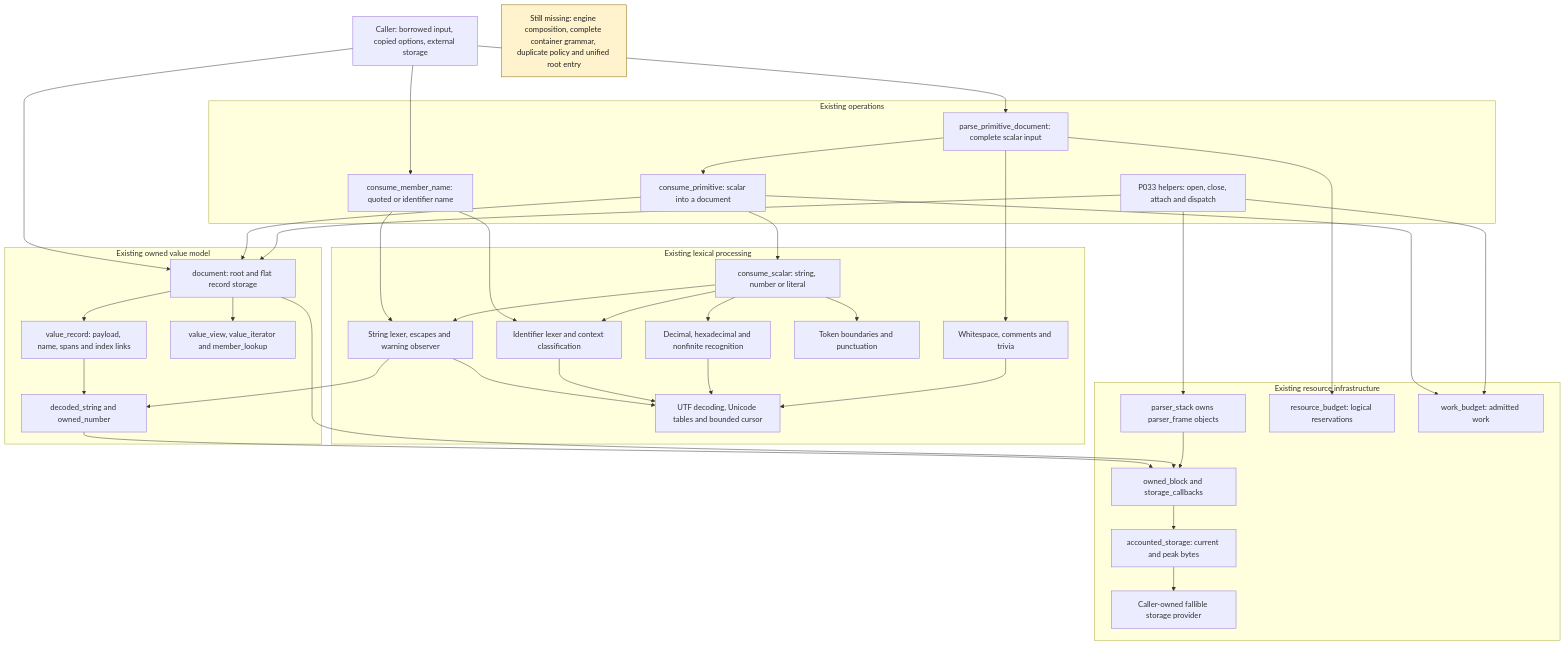
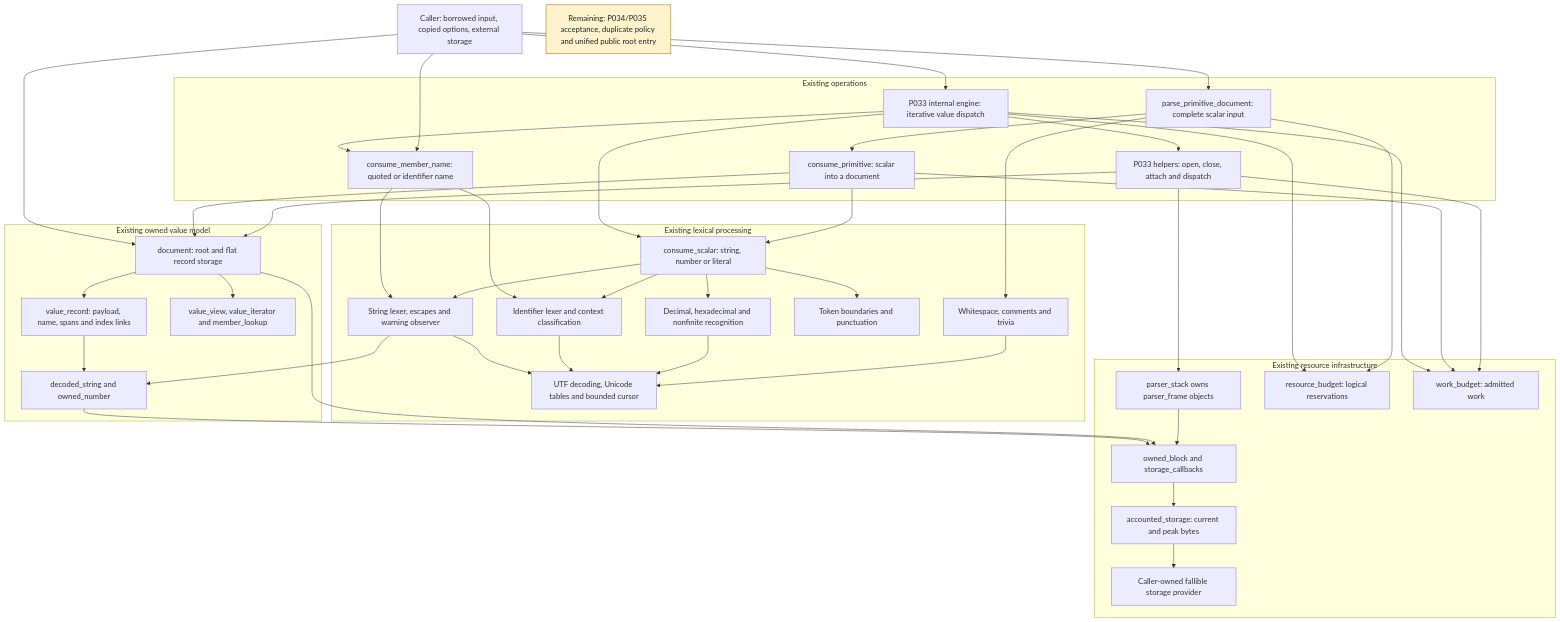
One commit to Romanr92/Adaptive_JSON5 changed the first of 14 diagrams in docs/current-architecture.md. Above: the diagram before and after it, drawn with Mermaid. The commit also changed other lines of this file and 267 other files, not shown here.

````diff
--- a/docs/current-architecture.md
+++ b/docs/current-architecture.md
@@ -39,67 +41,74 @@
 ```mermaid
 flowchart TB
     Caller["Caller: borrowed input, copied options, external storage"]
     subgraph Operations["Existing operations"]
         Primitive["parse_primitive_document: complete scalar input"]
         Consume["consume_primitive: scalar into a document"]
+        EngineNow["P033 internal engine: iterative value dispatch"]
         Helpers["P033 helpers: open, close, attach and dispatch"]
         Names["consume_member_name: quoted or identifier name"]
     end
     subgraph Recognition["Existing lexical processing"]
         Scalar["consume_scalar: string, number or literal"]
         Strings["String lexer, escapes and warning observer"]
         Identifiers["Identifier lexer and context classification"]
         Numbers["Decimal, hexadecimal and nonfinite recognition"]
         Boundary["Token boundaries and punctuation"]
         Trivia["Whitespace, comments and trivia"]
         Unicode["UTF decoding, Unicode tables and bounded cursor"]
     end
     subgraph Values["Existing owned value model"]
         Document["document: root and flat record storage"]
         Records["value_record: payload, name, spans and index links"]
         Owned["decoded_string and owned_number"]
         Access["value_view, value_iterator and member_lookup"]
     end
     subgraph Control["Existing resource infrastructure"]
         Frames["parser_stack owns parser_frame objects"]
         Budget["resource_budget: logical reservations"]
         Work["work_budget: admitted work"]
         Account["accounted_storage: current and peak bytes"]
         Blocks["owned_block and storage_callbacks"]
         Provider["Caller-owned fallible storage provider"]
     end
-    Missing["Still missing: engine composition, complete container grammar, duplicate policy and unified root entry"]
+    Missing["Remaining: P034/P035 acceptance, duplicate policy and unified public root entry"]
+    Caller --> EngineNow
+    EngineNow --> Helpers
+    EngineNow --> Scalar
+    EngineNow --> Names
+    EngineNow --> Budget
+    EngineNow --> Work
     Caller --> Primitive
     Caller --> Document
     Caller --> Names
     Primitive --> Consume
     Primitive --> Trivia
     Primitive --> Budget
     Consume --> Scalar
     Consume --> Document
     Consume --> Work
     Names --> Strings
     Names --> Identifiers
     Scalar --> Strings
     Scalar --> Identifiers
     Scalar --> Numbers
     Scalar --> Boundary
     Strings --> Unicode
     Identifiers --> Unicode
     Numbers --> Unicode
     Trivia --> Unicode
     Helpers --> Frames
     Helpers --> Document
     Helpers --> Work
     Document --> Records
     Records --> Owned
     Document --> Access
     Strings --> Owned
     Owned --> Blocks
     Document --> Blocks
     Frames --> Blocks
     Blocks --> Account
     Account --> Provider
     classDef pending fill:#fff3cd,stroke:#8a6500,color:#222
     class Missing pending
 ```
````
